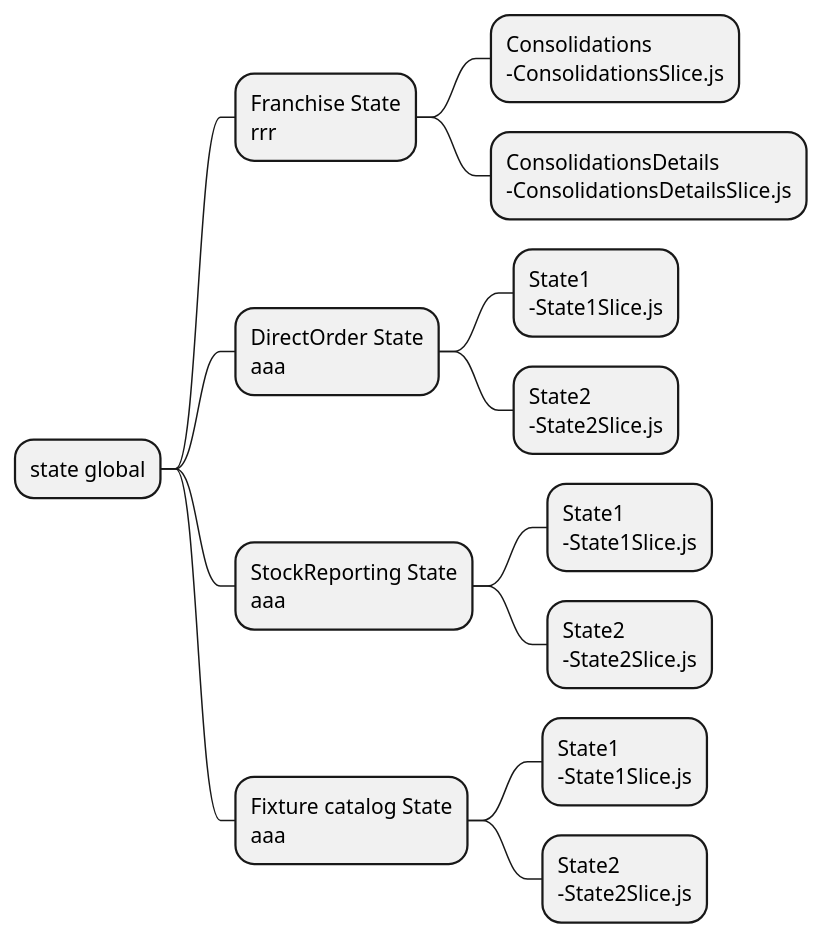
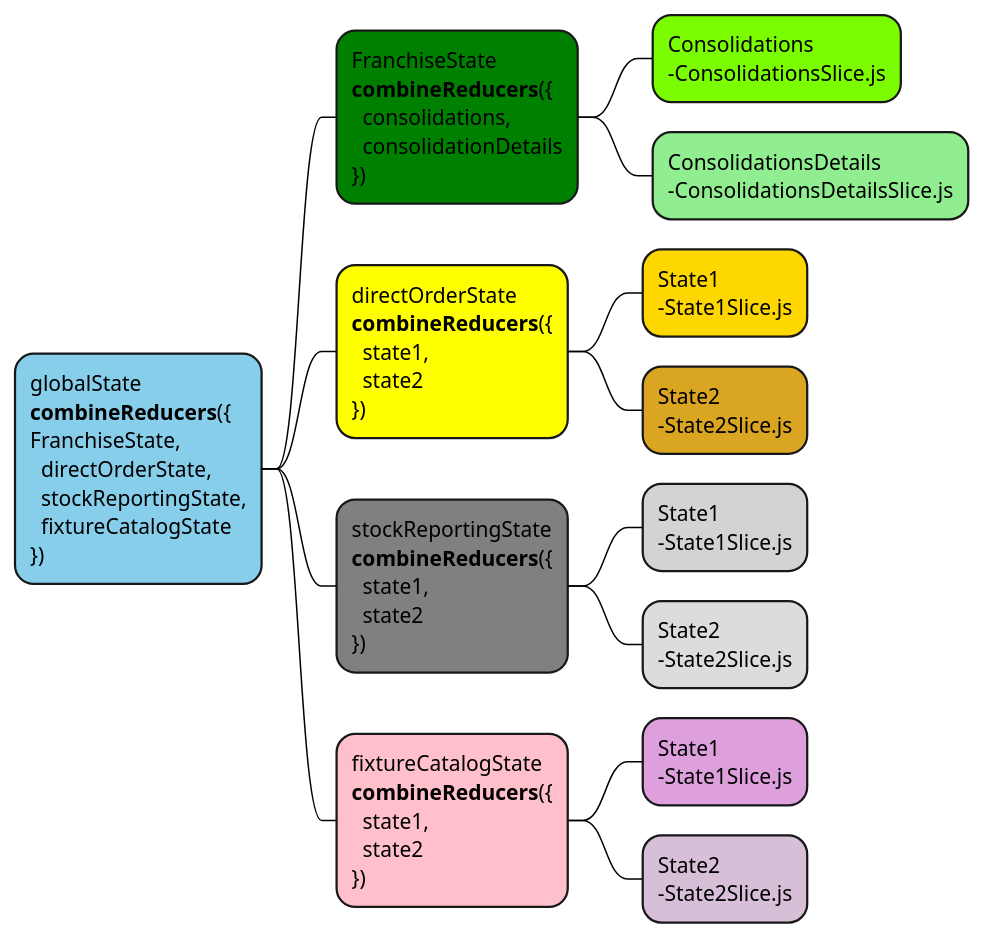
One commit to samuelpoudroux/reactGuide changed the diagram in redux.plantuml. Above: the diagram before and after it, drawn with PlantUML. The commit also changed 2 other files, not shown here.

Commit message:
feat: add reduxx state management diagram

```diff
--- a/redux.plantuml
+++ b/redux.plantuml
@@ -2,29 +2,55 @@
 @startmindmap redux 
 skinparam SequenceMessageAlignment center
+skinparam classFontColor red
 
-* state global
-**:Franchise State
-rrr;
-***:Consolidations
+skinparam sequence {
+ArrowColor black
+}
+skinparam State {
+  BorderColor Gray
+}
+
+*[#SkyBlue]:globalState
+**combineReducers**({
+FranchiseState, 
+  directOrderState,
+  stockReportingState,
+  fixtureCatalogState
+});
+**[#green]:FranchiseState
+**combineReducers**({
+  consolidations, 
+  consolidationDetails
+});
+***[#LawnGreen]:Consolidations
 -ConsolidationsSlice.js;
-***:ConsolidationsDetails
+***[#LightGreen]:ConsolidationsDetails
 -ConsolidationsDetailsSlice.js;
-**:DirectOrder State
-aaa;
-***:State1
+**[#yellow]:directOrderState
+**combineReducers**({
+  state1, 
+  state2
+});
+***[#Gold]:State1
 -State1Slice.js;
-***:State2
+***[#GoldenRod]:State2
 -State2Slice.js;
-**:StockReporting State
-aaa;
-***:State1
+**[#grey]:stockReportingState
+**combineReducers**({
+  state1, 
+  state2
+});
+***[#LightGray]:State1
 -State1Slice.js;
-***:State2
+***[#Gainsboro]:State2
 -State2Slice.js;
-**:Fixture catalog State
-aaa;
-***:State1
+**[#pink]:fixtureCatalogState
+**combineReducers**({
+  state1, 
+  state2
+});
+***[#plum]:State1
 -State1Slice.js;
-***:State2
+***[#Thistle]:State2
 -State2Slice.js;
 @endmindmap
```
